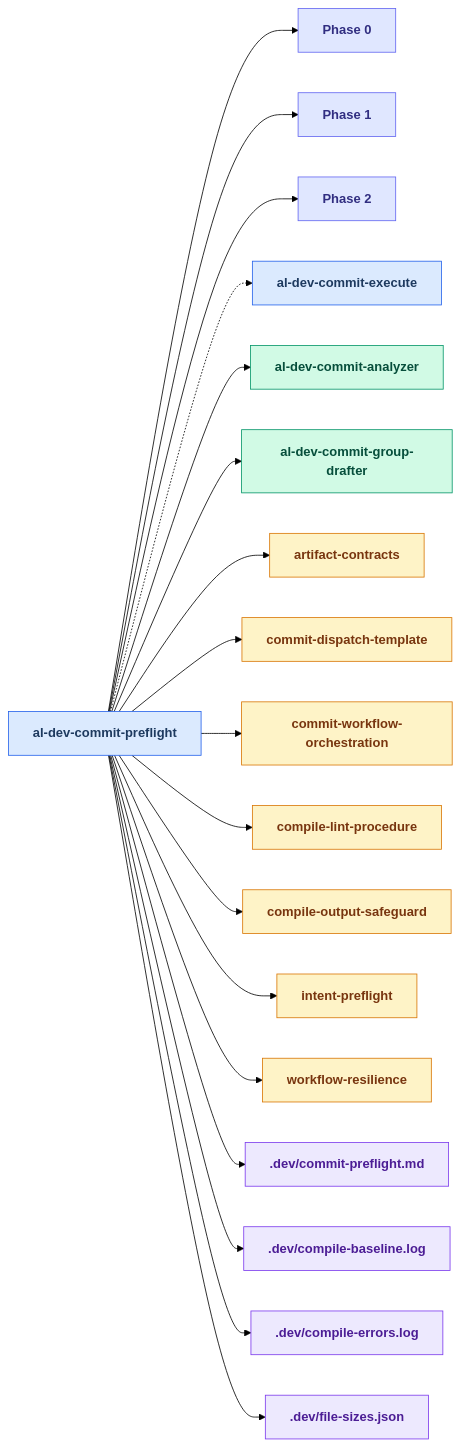
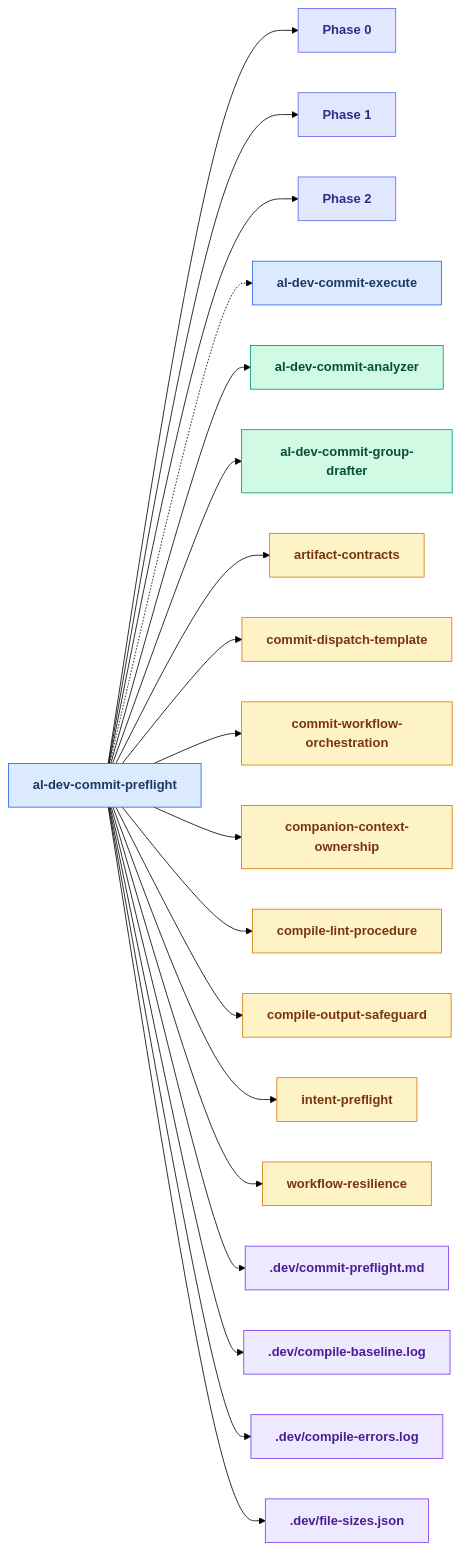
Before and after one commit to russell-laing/al-dev-shared: diagram 15 of 25 in docs/al-dev-skills-map.md, drawn with Mermaid (forest theme). The commit also changed other lines of this file and 3 other files, not shown here.

````diff
--- a/docs/al-dev-skills-map.md
+++ b/docs/al-dev-skills-map.md
@@ -741,64 +753,67 @@
 ```mermaid
 flowchart LR
     classDef skillNode fill:#dbeafe,stroke:#2563eb,color:#1e3a5f,font-weight:bold
     classDef agentNode fill:#d1fae5,stroke:#059669,color:#064e3b,font-weight:bold
     classDef knowledgeNode fill:#fef3c7,stroke:#d97706,color:#78350f,font-weight:bold
     classDef artifactNode fill:#ede9fe,stroke:#7c3aed,color:#4c1d95,font-weight:bold
     classDef phaseNode fill:#e0e7ff,stroke:#6366f1,color:#312e81,font-weight:bold
 
     skill_al_dev_commit_preflight[al-dev-commit-preflight]
     Phase0["Phase 0"]
     Phase1["Phase 1"]
     Phase2["Phase 2"]
     skill_al_dev_commit_execute[al-dev-commit-execute]
     agent_al_dev_commit_analyzer[al-dev-commit-analyzer]
     agent_al_dev_commit_group_drafter[al-dev-commit-group-drafter]
     knowledge_artifact_contracts_md[artifact-contracts]
     knowledge_commit_dispatch_template_md[commit-dispatch-template]
     knowledge_commit_workflow_orchestration_md[commit-workflow-orchestration]
+    knowledge_companion_context_ownership_md[companion-context-ownership]
     knowledge_compile_lint_procedure_md[compile-lint-procedure]
     knowledge_compile_output_safeguard_md[compile-output-safeguard]
     knowledge_intent_preflight_md[intent-preflight]
     knowledge_workflow_resilience_md[workflow-resilience]
     artifact_commit_preflight_md[.dev/commit-preflight.md]
     artifact_compile_baseline_log[.dev/compile-baseline.log]
     artifact_compile_errors_log[.dev/compile-errors.log]
     artifact_file_sizes_json[.dev/file-sizes.json]
 
     skill_al_dev_commit_preflight --> Phase0
     skill_al_dev_commit_preflight --> Phase1
     skill_al_dev_commit_preflight --> Phase2
     skill_al_dev_commit_preflight -.-> skill_al_dev_commit_execute
     skill_al_dev_commit_preflight --> agent_al_dev_commit_analyzer
     skill_al_dev_commit_preflight --> agent_al_dev_commit_group_drafter
     skill_al_dev_commit_preflight --> knowledge_artifact_contracts_md
     skill_al_dev_commit_preflight --> knowledge_commit_dispatch_template_md
     skill_al_dev_commit_preflight --> knowledge_commit_workflow_orchestration_md
+    skill_al_dev_commit_preflight --> knowledge_companion_context_ownership_md
     skill_al_dev_commit_preflight --> knowledge_compile_lint_procedure_md
     skill_al_dev_commit_preflight --> knowledge_compile_output_safeguard_md
     skill_al_dev_commit_preflight --> knowledge_intent_preflight_md
     skill_al_dev_commit_preflight --> knowledge_workflow_resilience_md
     skill_al_dev_commit_preflight --> artifact_commit_preflight_md
     skill_al_dev_commit_preflight --> artifact_compile_baseline_log
     skill_al_dev_commit_preflight --> artifact_compile_errors_log
     skill_al_dev_commit_preflight --> artifact_file_sizes_json
 
     class skill_al_dev_commit_preflight skillNode
     class Phase0 phaseNode
     class Phase1 phaseNode
     class Phase2 phaseNode
     class skill_al_dev_commit_execute skillNode
     class agent_al_dev_commit_analyzer agentNode
     class agent_al_dev_commit_group_drafter agentNode
     class knowledge_artifact_contracts_md knowledgeNode
     class knowledge_commit_dispatch_template_md knowledgeNode
     class knowledge_commit_workflow_orchestration_md knowledgeNode
+    class knowledge_companion_context_ownership_md knowledgeNode
     class knowledge_compile_lint_procedure_md knowledgeNode
     class knowledge_compile_output_safeguard_md knowledgeNode
     class knowledge_intent_preflight_md knowledgeNode
     class knowledge_workflow_resilience_md knowledgeNode
     class artifact_commit_preflight_md artifactNode
     class artifact_compile_baseline_log artifactNode
     class artifact_compile_errors_log artifactNode
     class artifact_file_sizes_json artifactNode
 ```
````
